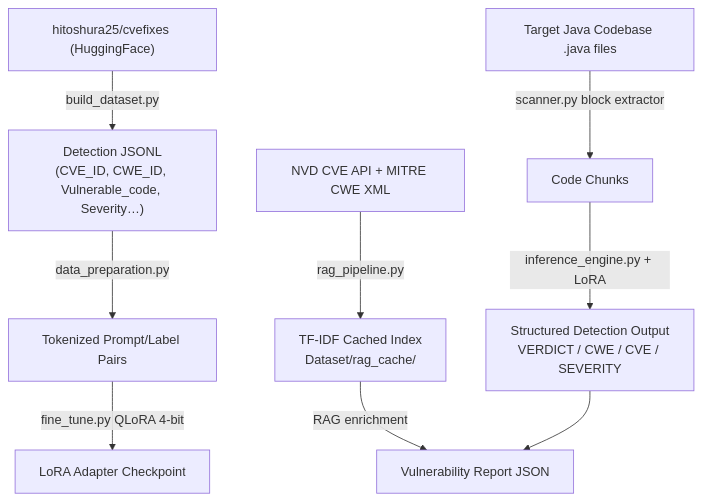
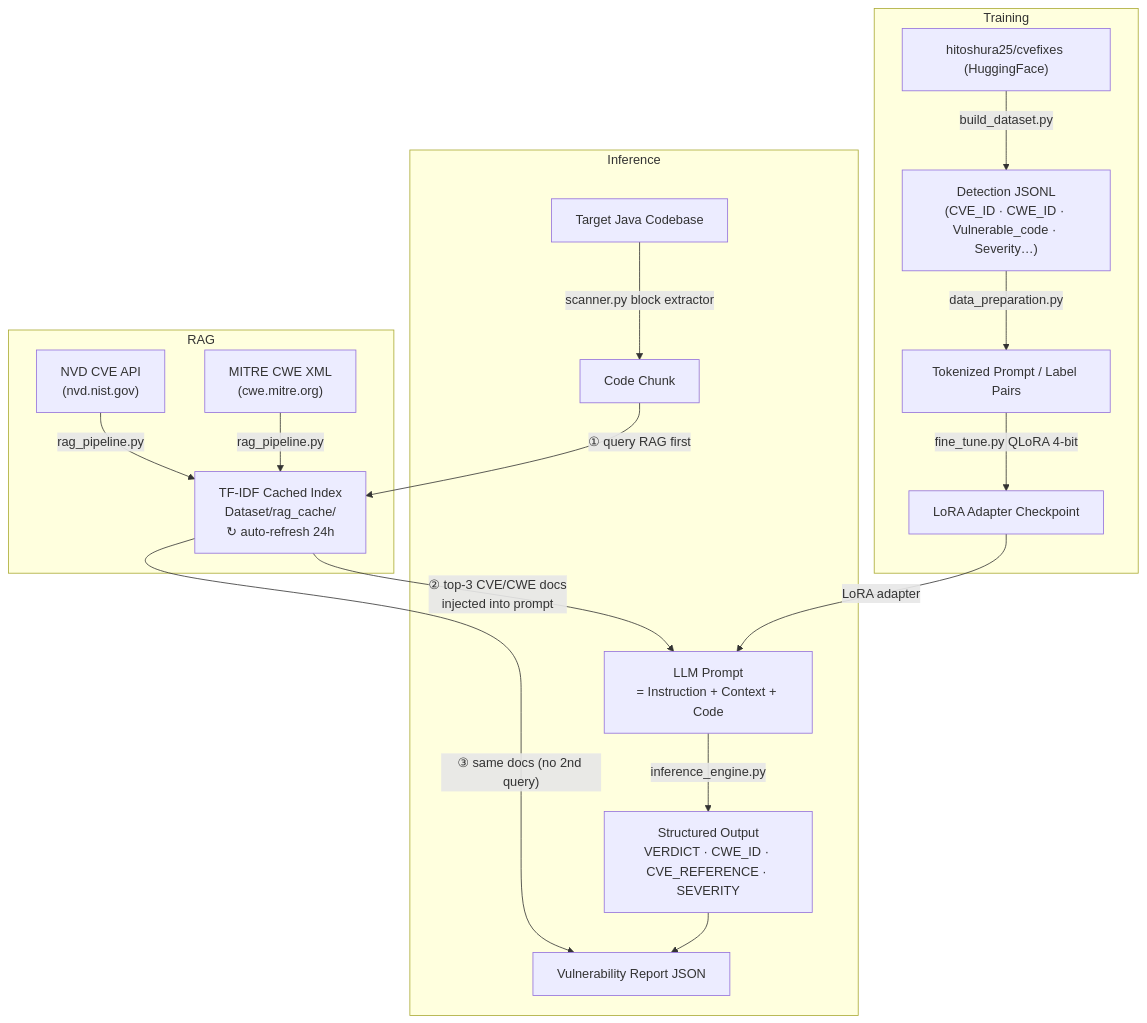
One commit to xenonbolt/AMD-Hackathon changed the diagram in README.md. Above: the diagram before and after it, drawn with Mermaid. The commit also changed other lines of this file and 2 other files, not shown here.

Commit message:
Add RAG to inference

````diff
--- a/README.md
+++ b/README.md
@@ -11,16 +11,26 @@
 ```mermaid
 flowchart TD
-    A["hitoshura25/cvefixes (HuggingFace)"]
-    A -->|build_dataset.py| B["Detection JSONL\n(CVE_ID, CWE_ID, Vulnerable_code, Severity…)"]
-    B -->|data_preparation.py| C[Tokenized Prompt/Label Pairs]
-    C -->|fine_tune.py QLoRA 4-bit| D[LoRA Adapter Checkpoint]
+    subgraph Training
+        A["hitoshura25/cvefixes (HuggingFace)"]
+        A -->|build_dataset.py| B["Detection JSONL\n(CVE_ID · CWE_ID · Vulnerable_code · Severity…)"]
+        B -->|data_preparation.py| C[Tokenized Prompt / Label Pairs]
+        C -->|fine_tune.py  QLoRA 4-bit| D[LoRA Adapter Checkpoint]
+    end
 
-    E[NVD CVE API + MITRE CWE XML]
-    E -->|rag_pipeline.py| F[TF-IDF Cached Index\nDataset/rag_cache/]
+    subgraph RAG
+        E["NVD CVE API\n(nvd.nist.gov)"]
+        F["MITRE CWE XML\n(cwe.mitre.org)"]
+        E & F -->|rag_pipeline.py| G["TF-IDF Cached Index\nDataset/rag_cache/\n↻ auto-refresh 24h"]
+    end
 
-    G[Target Java Codebase .java files]
-    G -->|scanner.py block extractor| H[Code Chunks]
-    H -->|inference_engine.py + LoRA| I["Structured Detection Output\nVERDICT / CWE / CVE / SEVERITY"]
-    F -->|RAG enrichment| J[Vulnerability Report JSON]
-    I --> J
+    subgraph Inference
+        H[Target Java Codebase]
+        H -->|scanner.py block extractor| I[Code Chunk]
+        I -->|"① query RAG first"| G
+        G -->|"② top-3 CVE/CWE docs\ninjected into prompt"| J["LLM Prompt\n= Instruction + Context + Code"]
+        D -->|LoRA adapter| J
+        J -->|inference_engine.py| K["Structured Output\nVERDICT · CWE_ID · CVE_REFERENCE · SEVERITY"]
+        G -->|"③ same docs (no 2nd query)"| L[Vulnerability Report JSON]
+        K --> L
+    end
 ```
````
